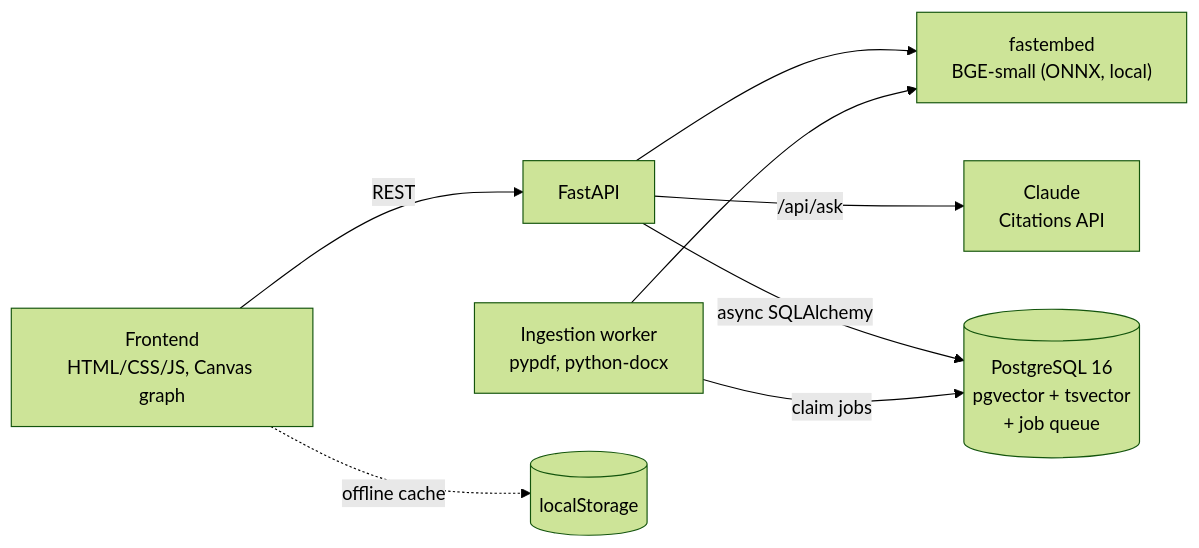
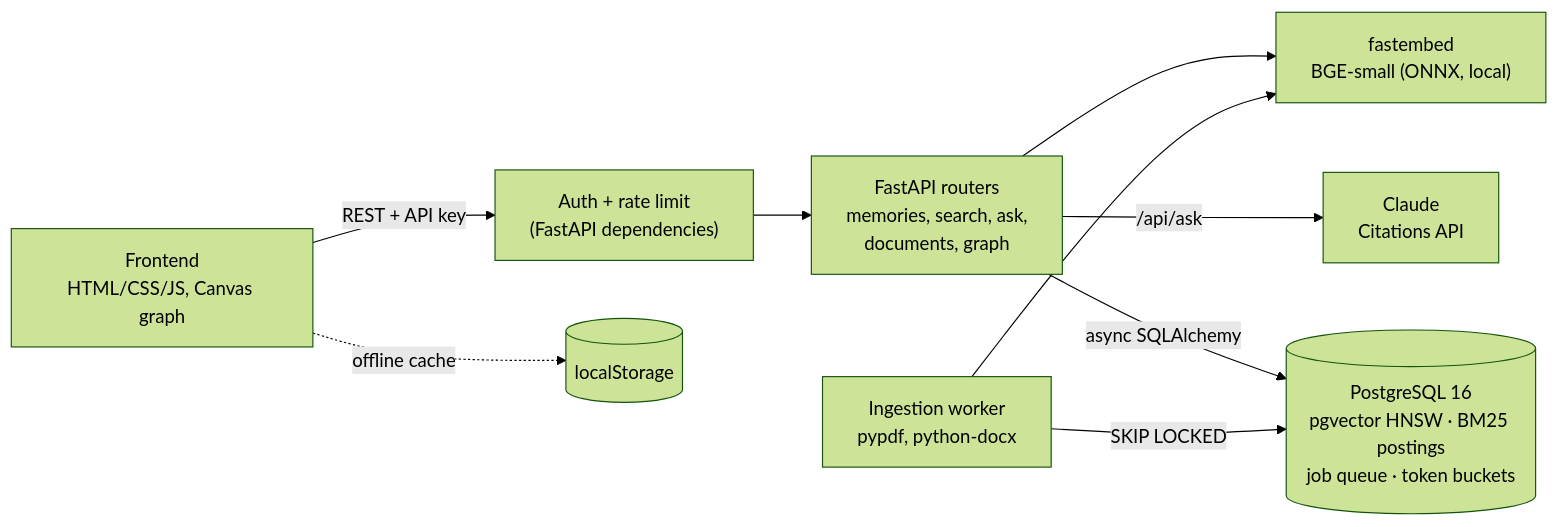
One commit to Sujalranjan/MemBrain changed the diagram in README.md. Above: the diagram before and after it, drawn with Mermaid (forest theme). The commit also changed other lines of this file and 13 other files, not shown here.

Commit message:
feat: initialize backend API, ranking logic, configuration, and frontend assets

````diff
--- a/README.md
+++ b/README.md
@@ -26,10 +42,11 @@
 ```mermaid
 flowchart LR
-    UI["Frontend<br/>HTML/CSS/JS, Canvas graph"] -->|REST| API["FastAPI"]
+    UI["Frontend<br/>HTML/CSS/JS, Canvas graph"] -->|"REST + API key"| GW["Auth + rate limit<br/>(FastAPI dependencies)"]
+    GW --> API["FastAPI routers<br/>memories, search, ask,<br/>documents, graph"]
     API --> EMB["fastembed<br/>BGE-small (ONNX, local)"]
     API -->|"/api/ask"| LLM["Claude<br/>Citations API"]
-    API -->|async SQLAlchemy| PG[("PostgreSQL 16<br/>pgvector + tsvector<br/>+ job queue")]
-    W["Ingestion worker<br/>pypdf, python-docx"] -->|claim jobs| PG
+    API -->|async SQLAlchemy| PG[("PostgreSQL 16<br/>pgvector HNSW · BM25 postings<br/>job queue · token buckets")]
+    W["Ingestion worker<br/>pypdf, python-docx"] -->|"SKIP LOCKED"| PG
     W --> EMB
     UI -.->|offline cache| LS[("localStorage")]
 ```
````
